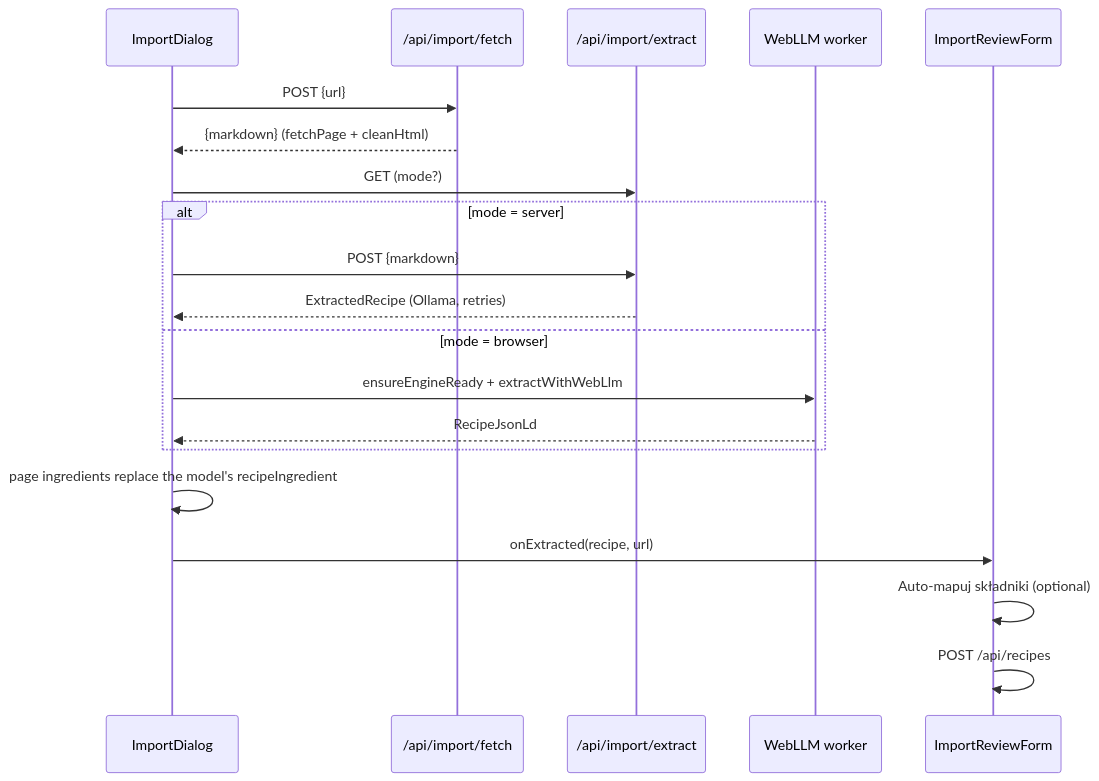
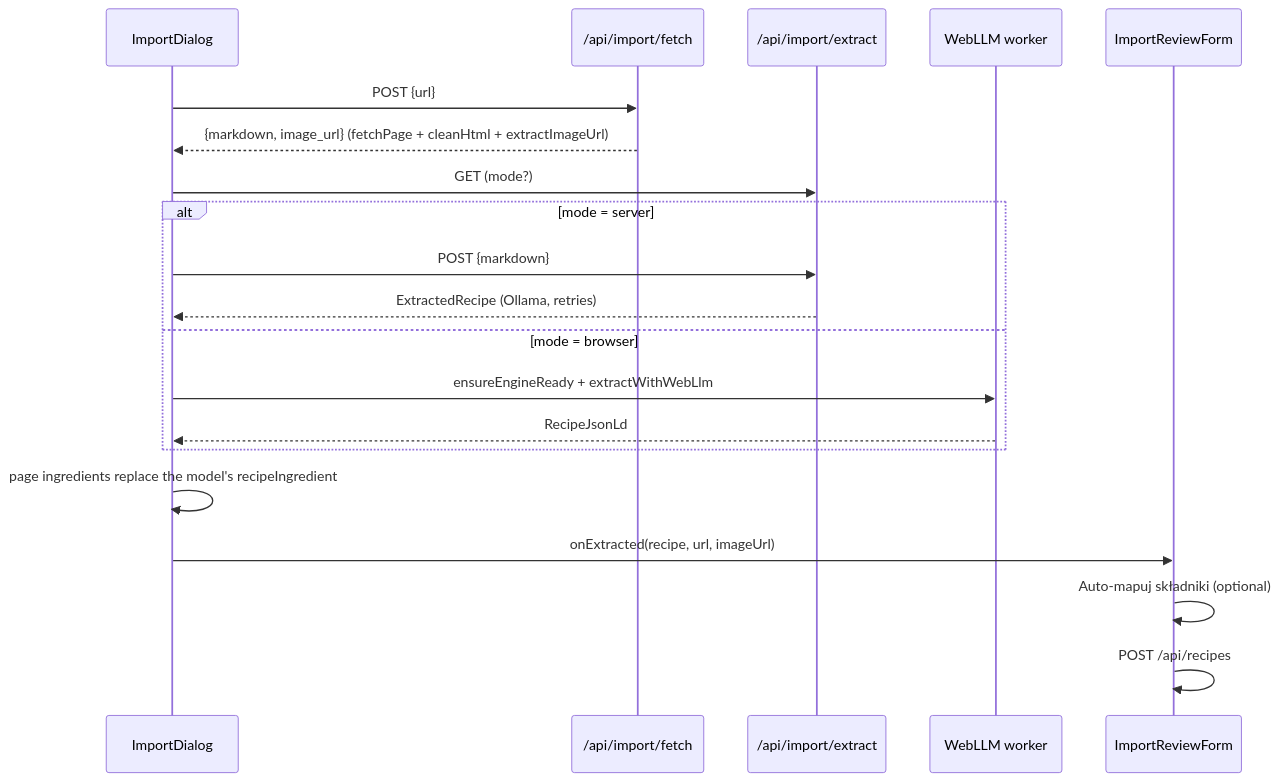
One commit to Konstantysz/meal-planner changed the diagram in docs/wiki/concepts/import-pipeline.md. Above: the diagram before and after it, drawn with Mermaid. The commit also changed other lines of this file and 31 other files, not shown here.

First line of the commit message:
feat(recipes): recipe photos via hotlinked image_url (#43)

````diff
--- a/docs/wiki/concepts/import-pipeline.md
+++ b/docs/wiki/concepts/import-pipeline.md
@@ -44,22 +46,22 @@
 ```mermaid
 sequenceDiagram
   participant D as ImportDialog
   participant F as /api/import/fetch
   participant X as /api/import/extract
   participant W as WebLLM worker
   participant R as ImportReviewForm
   D->>F: POST {url}
-  F-->>D: {markdown} (fetchPage + cleanHtml)
+  F-->>D: {markdown, image_url} (fetchPage + cleanHtml + extractImageUrl)
   D->>X: GET (mode?)
   alt mode = server
     D->>X: POST {markdown}
     X-->>D: ExtractedRecipe (Ollama, retries)
   else mode = browser
     D->>W: ensureEngineReady + extractWithWebLlm
     W-->>D: RecipeJsonLd
   end
   D->>D: page ingredients replace the model's recipeIngredient
-  D->>R: onExtracted(recipe, url)
+  D->>R: onExtracted(recipe, url, imageUrl)
   R->>R: Auto-mapuj składniki (optional)
   R->>R: POST /api/recipes
 ```
````
